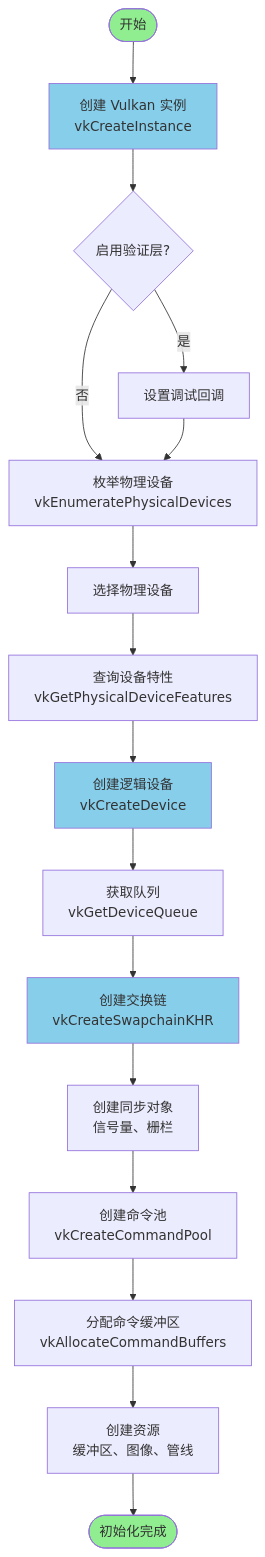
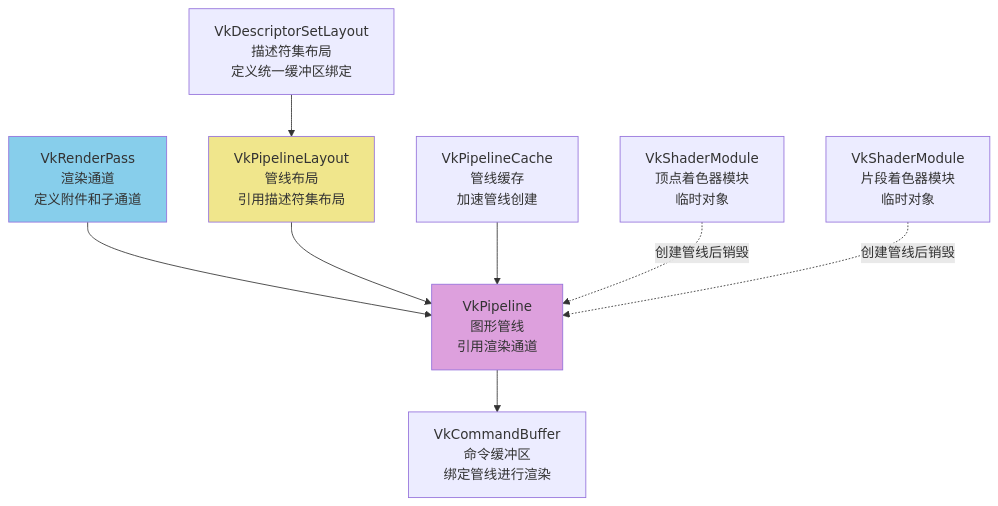
Before and after one commit to diandiandevelop/Vulkan: the ninth of 23 diagrams in fenxi/Vulkan框架模型文档.md, drawn with Mermaid. The commit also changed other lines of this file, not shown here.

````diff
--- a/fenxi/Vulkan框架模型文档.md
+++ b/fenxi/Vulkan框架模型文档.md
@@ -104,24 +909,19 @@
 ```mermaid
-flowchart TD
-    Start([开始]) --> CreateInstance[创建 Vulkan 实例<br/>vkCreateInstance]
-    CreateInstance --> EnableValidation{启用验证层?}
-    EnableValidation -->|是| SetupDebug[设置调试回调]
-    EnableValidation -->|否| EnumerateDevices[枚举物理设备<br/>vkEnumeratePhysicalDevices]
-    SetupDebug --> EnumerateDevices
-    EnumerateDevices --> SelectDevice[选择物理设备]
-    SelectDevice --> QueryFeatures[查询设备特性<br/>vkGetPhysicalDeviceFeatures]
-    QueryFeatures --> CreateDevice[创建逻辑设备<br/>vkCreateDevice]
-    CreateDevice --> GetQueue[获取队列<br/>vkGetDeviceQueue]
-    GetQueue --> CreateSwapChain[创建交换链<br/>vkCreateSwapchainKHR]
-    CreateSwapChain --> CreateSync[创建同步对象<br/>信号量、栅栏]
-    CreateSync --> CreateCommandPool[创建命令池<br/>vkCreateCommandPool]
-    CreateCommandPool --> AllocateCmdBuf[分配命令缓冲区<br/>vkAllocateCommandBuffers]
-    AllocateCmdBuf --> CreateResources[创建资源<br/>缓冲区、图像、管线]
-    CreateResources --> End([初始化完成])
+graph TB
+    DescriptorSetLayout[VkDescriptorSetLayout<br/>描述符集布局<br/>定义统一缓冲区绑定] --> PipelineLayout[VkPipelineLayout<br/>管线布局<br/>引用描述符集布局]
     
-    style Start fill:#90EE90
-    style End fill:#90EE90
-    style CreateInstance fill:#87CEEB
-    style CreateDevice fill:#87CEEB
-    style CreateSwapChain fill:#87CEEB
+    RenderPass[VkRenderPass<br/>渲染通道<br/>定义附件和子通道] --> Pipeline[VkPipeline<br/>图形管线<br/>引用渲染通道]
+    
+    PipelineLayout --> Pipeline
+    
+    PipelineCache[VkPipelineCache<br/>管线缓存<br/>加速管线创建] --> Pipeline
+    
+    VertexShaderModule[VkShaderModule<br/>顶点着色器模块<br/>临时对象] -.创建管线后销毁.-> Pipeline
+    FragmentShaderModule[VkShaderModule<br/>片段着色器模块<br/>临时对象] -.创建管线后销毁.-> Pipeline
+    
+    Pipeline --> CommandBuffer[VkCommandBuffer<br/>命令缓冲区<br/>绑定管线进行渲染]
+    
+    style Pipeline fill:#DDA0DD
+    style PipelineLayout fill:#F0E68C
+    style RenderPass fill:#87CEEB
 ```
````
